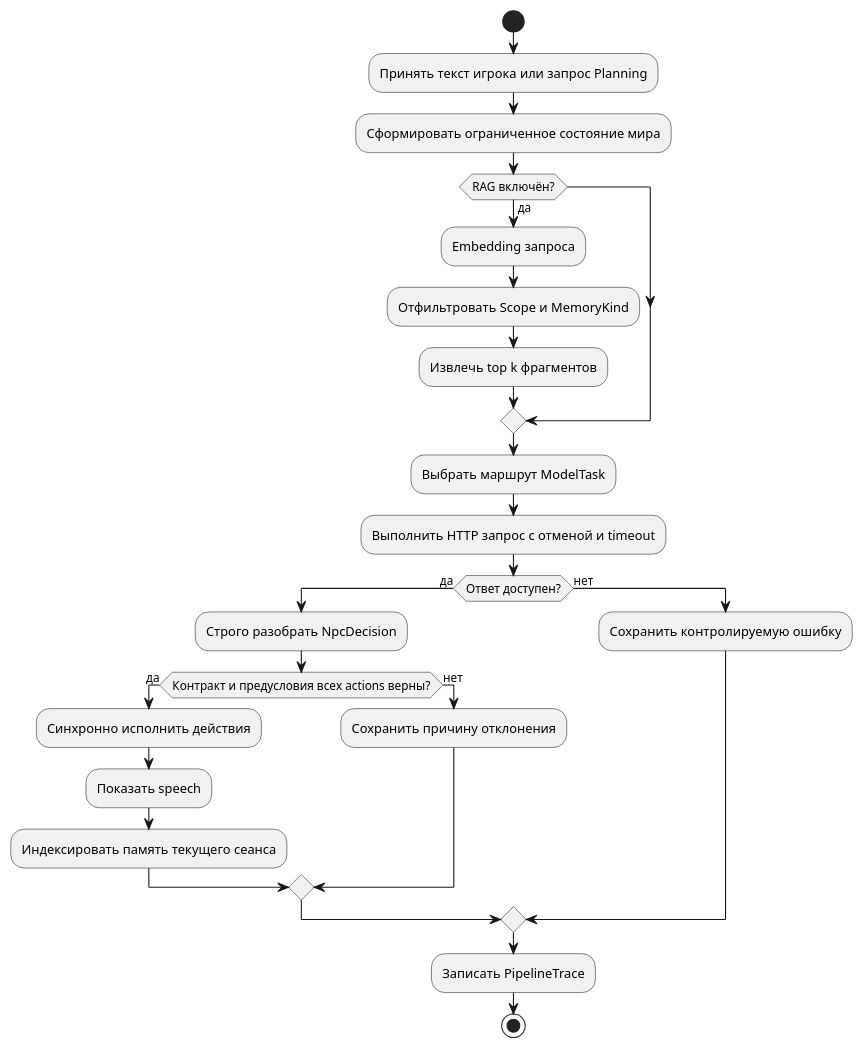
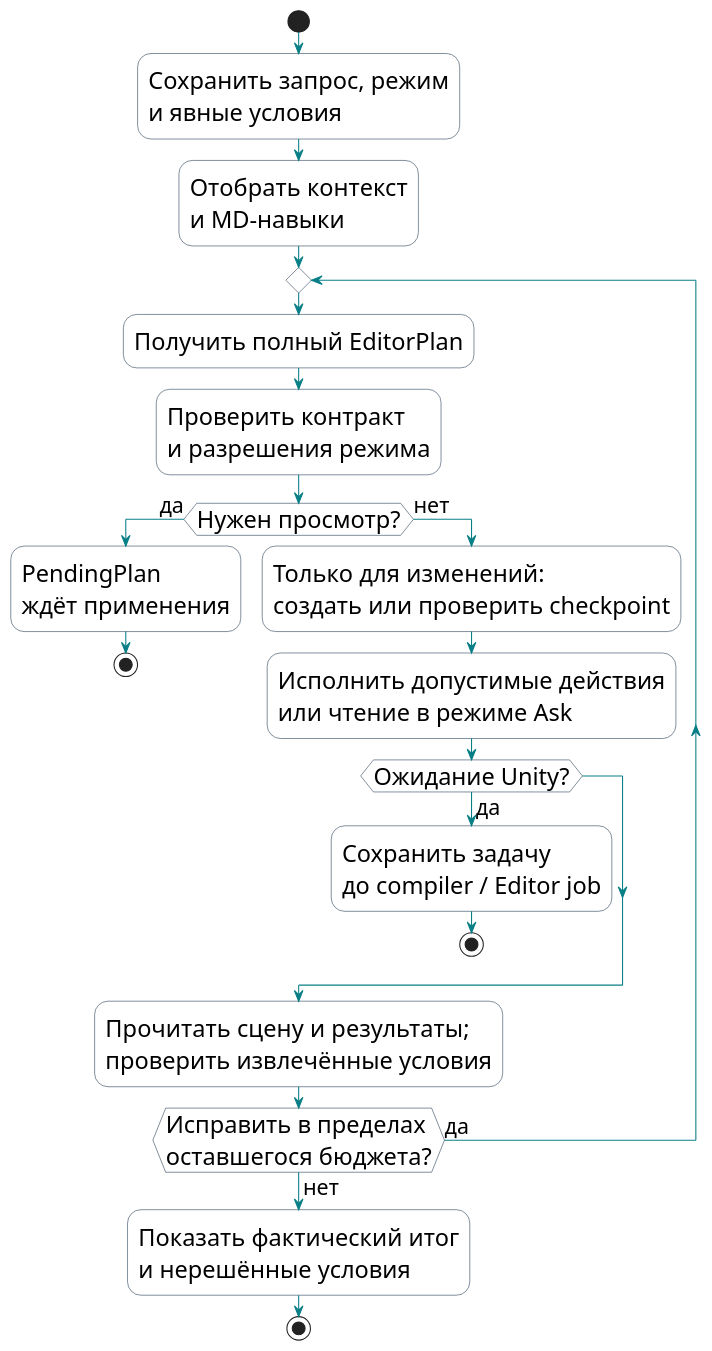
One commit to saslekawaiii/scenepilot-unity changed the diagram in docs/uml/activity.puml. Above: the diagram before and after it, drawn with PlantUML. The commit also changed 613 other files, not shown here.

```diff
--- a/docs/uml/activity.puml
+++ b/docs/uml/activity.puml
@@ -1,28 +1,30 @@
 @startuml
 skinparam defaultFontName Arial
+skinparam defaultFontSize 22
+skinparam ArrowFontSize 20
 skinparam shadowing false
+skinparam ArrowColor #087F86
+skinparam activityBackgroundColor white
+skinparam activityBorderColor #142F46
 start
-:Принять текст игрока или запрос Planning;
-:Сформировать ограниченное состояние мира;
-if (RAG включён?) then (да)
- :Embedding запроса;
- :Отфильтровать Scope и MemoryKind;
- :Извлечь top k фрагментов;
-endif
-:Выбрать маршрут ModelTask;
-:Выполнить HTTP запрос с отменой и timeout;
-if (Ответ доступен?) then (да)
- :Строго разобрать NpcDecision;
- if (Контракт и предусловия всех actions верны?) then (да)
-  :Синхронно исполнить действия;
-  :Показать speech;
-  :Индексировать память текущего сеанса;
+:Сохранить запрос, режим\nи явные условия;
+:Отобрать контекст\nи MD-навыки;
+repeat
+ :Получить полный EditorPlan;
+ :Проверить контракт\nи разрешения режима;
+ if (Нужен просмотр?) then (да)
+  :PendingPlan\nждёт применения;
+  stop
  else (нет)
-  :Сохранить причину отклонения;
+  :Только для изменений:\nсоздать или проверить checkpoint;
+  :Исполнить допустимые действия\nили чтение в режиме Ask;
+  if (Ожидание Unity?) then (да)
+   :Сохранить задачу\nдо compiler / Editor job;
+   stop
+  endif
  endif
-else (нет)
- :Сохранить контролируемую ошибку;
-endif
-:Записать PipelineTrace;
+ :Прочитать сцену и результаты;\nпроверить извлечённые условия;
+repeat while (Исправить в пределах\nоставшегося бюджета?) is (да) not (нет)
+:Показать фактический итог\nи нерешённые условия;
 stop
 @enduml
```
